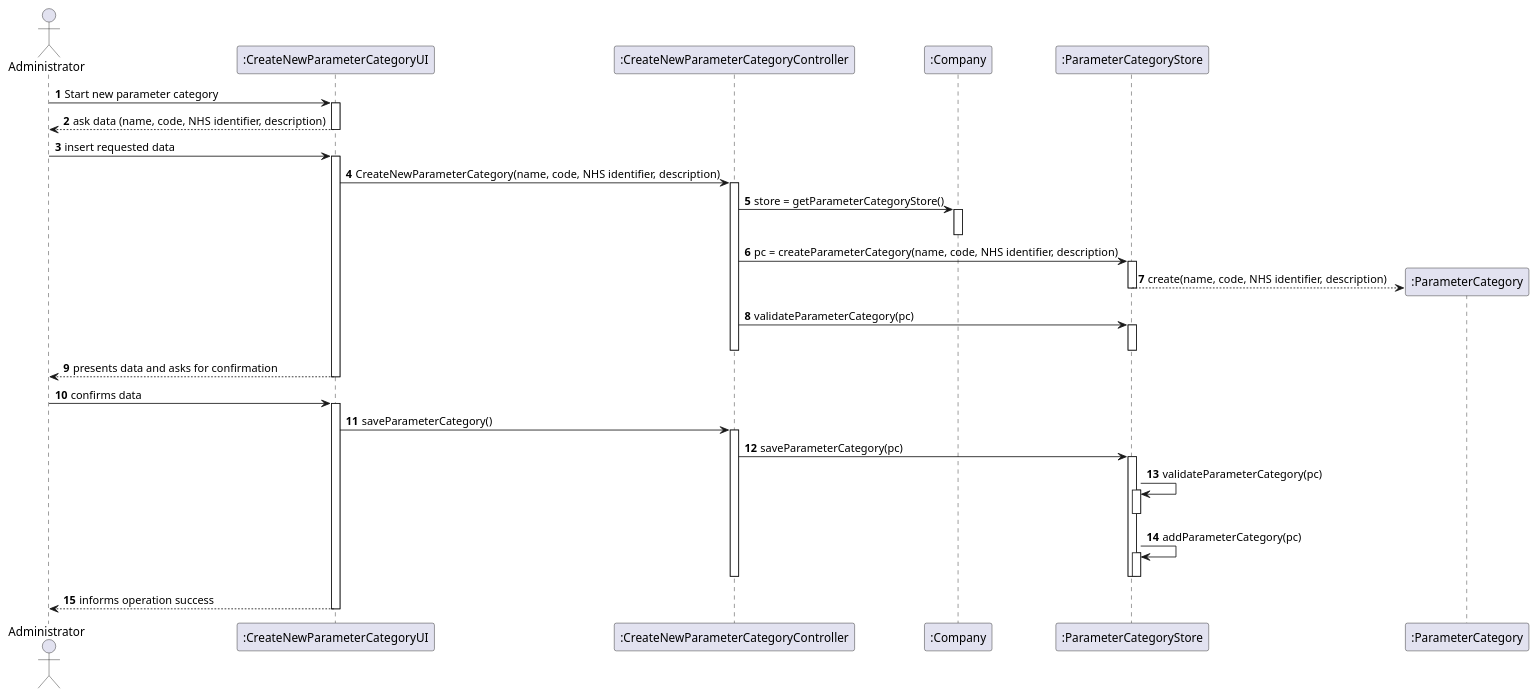
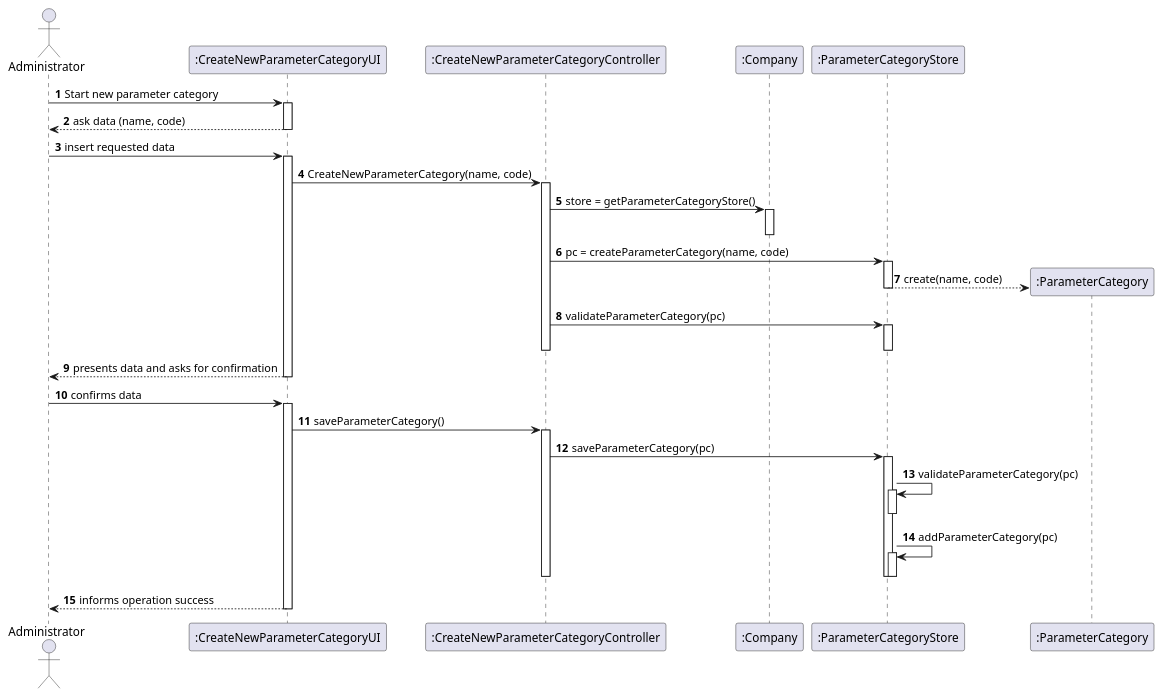
One commit to GuilhermeCunha79/lapr2 changed the diagram in docs/SprintB/US11/UC11_SD.puml. Above: the diagram before and after it, drawn with PlantUML. The commit also changed 8 other files, not shown here.

Commit message:
[US-11] - commit introduces minor changes to the User Story 11 document and all related diagrams [US-10] - commit introduces minor changes to the User Story 10 document and all related diagrams

```diff
--- a/docs/SprintB/US11/UC11_SD.puml
+++ b/docs/SprintB/US11/UC11_SD.puml
@@ -1,52 +1,52 @@
 @startuml
 autonumber
 'hide footbox
 actor "Administrator" as ADMIN
 
 participant ":CreateNewParameterCategoryUI" as UI
 participant ":CreateNewParameterCategoryController" as CTRL
 participant ":Company" as COMP
 participant ":ParameterCategoryStore" as PCS
 participant ":ParameterCategory" as PC
 
 
 
 ADMIN -> UI : Start new parameter category
 activate UI
-UI --> ADMIN : ask data (name, code, NHS identifier, description)
+UI --> ADMIN : ask data (name, code)
 deactivate UI
 ADMIN -> UI : insert requested data
 activate UI
-    UI -> CTRL : CreateNewParameterCategory(name, code, NHS identifier, description)
+    UI -> CTRL : CreateNewParameterCategory(name, code)
     activate CTRL
         CTRL -> COMP : store = getParameterCategoryStore()
         activate COMP
         deactivate COMP
-        CTRL -> PCS : pc = createParameterCategory(name, code, NHS identifier, description)
+        CTRL -> PCS : pc = createParameterCategory(name, code)
         activate PCS
-            PCS --> PC** : create(name, code, NHS identifier, description)
+            PCS --> PC** : create(name, code)
         deactivate PCS
         CTRL -> PCS : validateParameterCategory(pc)
         activate PCS
         deactivate PCS
     deactivate CTRL
     UI --> ADMIN : presents data and asks for confirmation
 deactivate UI
 ADMIN -> UI : confirms data
 activate UI
     UI -> CTRL : saveParameterCategory()
     activate CTRL
         CTRL -> PCS : saveParameterCategory(pc)
         activate PCS
             PCS -> PCS : validateParameterCategory(pc)
             activate PCS
             deactivate PCS
             PCS -> PCS : addParameterCategory(pc)
             activate PCS
             deactivate PCS
         deactivate PCS
     deactivate CTRL
     UI --> ADMIN : informs operation success
 deactivate UI
 
 @enduml
```
